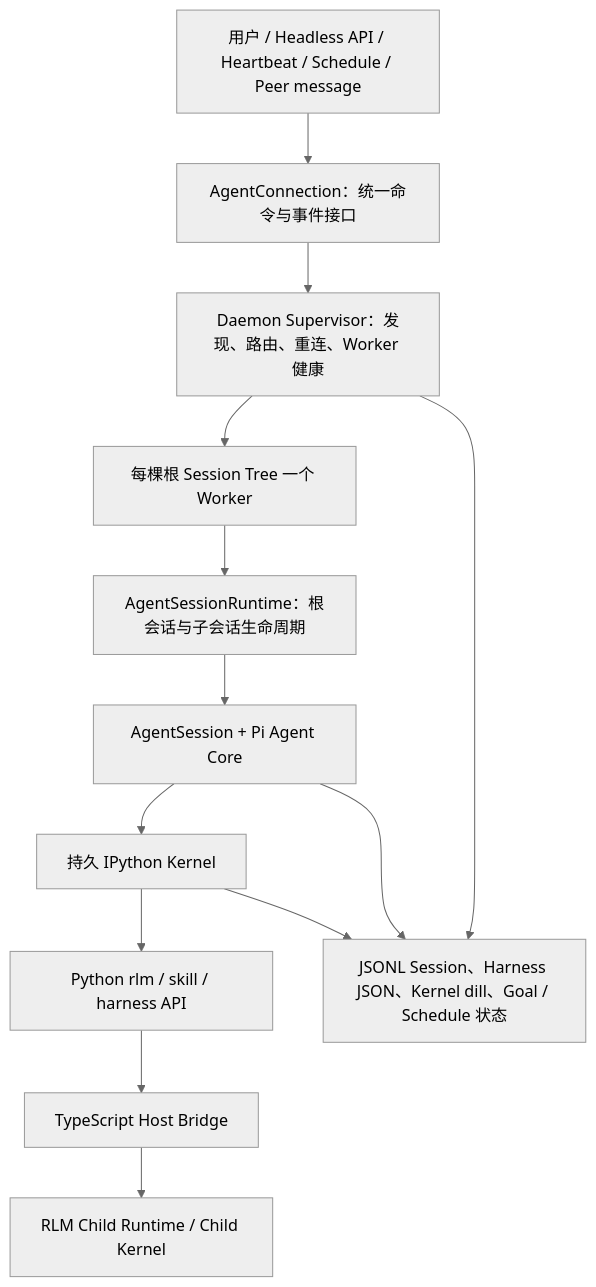
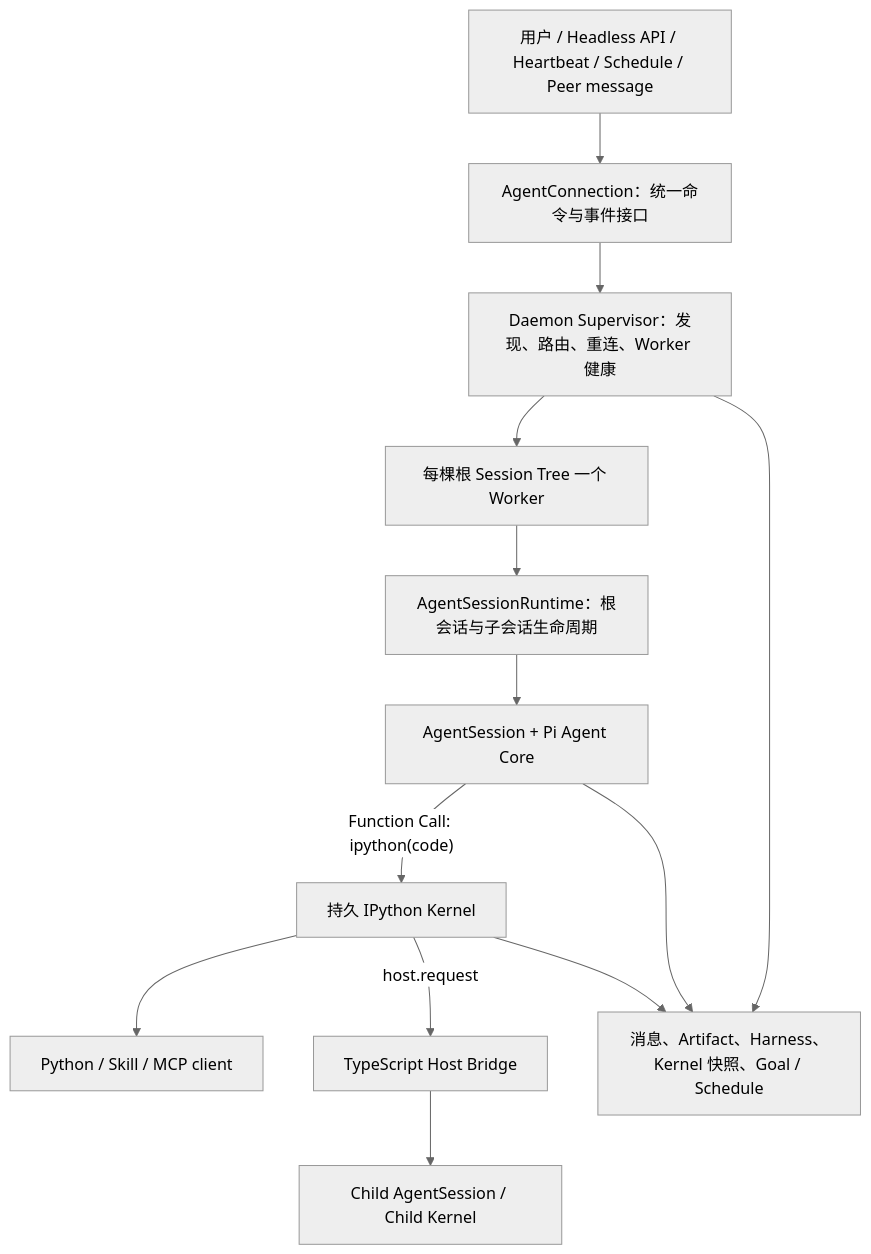
The first of 3 diagrams in content/智能体/Prime Agent源码深度解析：真正的增量是可编程上下文与长任务Runtime.md (jiafan-tiaocan/jiafan-tiaocan.github.io), drawn with Mermaid (neutral theme) before and after one commit. The commit also changed other lines of this file, not shown here.

Commit message:
Publish Prime Agent 源码深度解析：真正的增量是可编程上下文与长任务 Runtime

````diff
--- a/content/智能体/Prime Agent源码深度解析：真正的增量是可编程上下文与长任务Runtime.md
+++ b/content/智能体/Prime Agent源码深度解析：真正的增量是可编程上下文与长任务Runtime.md
@@ -137,21 +42,23 @@
 ```mermaid
 flowchart TB
     U["用户 / Headless API / Heartbeat / Schedule / Peer message"]
     C["AgentConnection：统一命令与事件接口"]
     S["Daemon Supervisor：发现、路由、重连、Worker 健康"]
     W["每棵根 Session Tree 一个 Worker"]
     R["AgentSessionRuntime：根会话与子会话生命周期"]
     A["AgentSession + Pi Agent Core"]
     K["持久 IPython Kernel"]
-    P["Python rlm / skill / harness API"]
+    P["Python / Skill / MCP client"]
     H["TypeScript Host Bridge"]
-    CH["RLM Child Runtime / Child Kernel"]
-    D["JSONL Session、Harness JSON、Kernel dill、Goal / Schedule 状态"]
+    CH["Child AgentSession / Child Kernel"]
+    D["消息、Artifact、Harness、Kernel 快照、Goal / Schedule"]
 
     U --> C --> S --> W --> R --> A
-    A --> K --> P --> H
+    A -->|"Function Call: ipython(code)"| K
+    K --> P
+    K -->|"host.request"| H
     H --> CH
     A --> D
     K --> D
     S --> D
 ```
````
